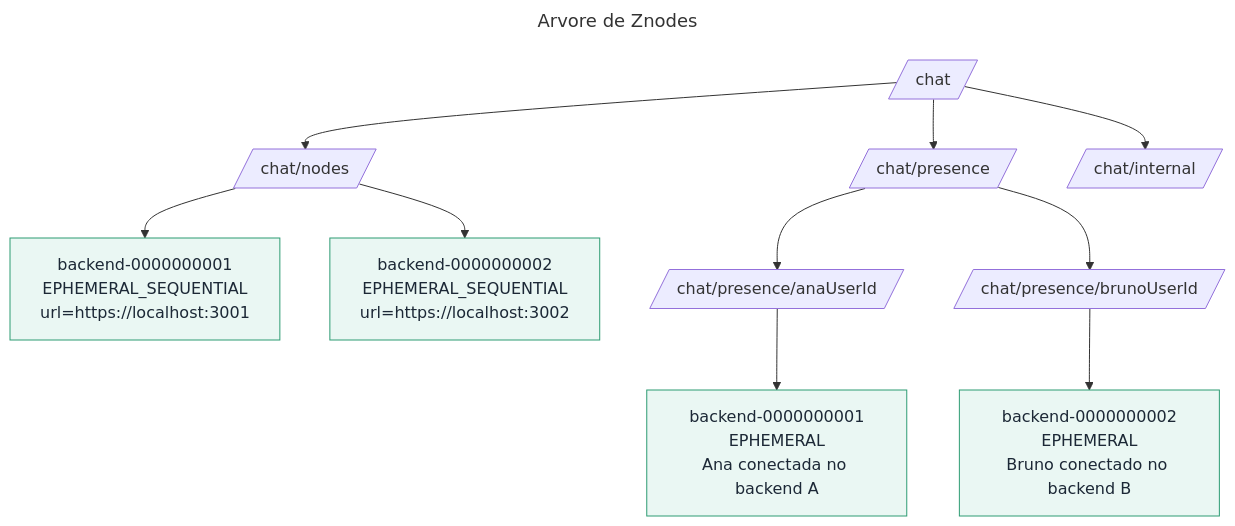
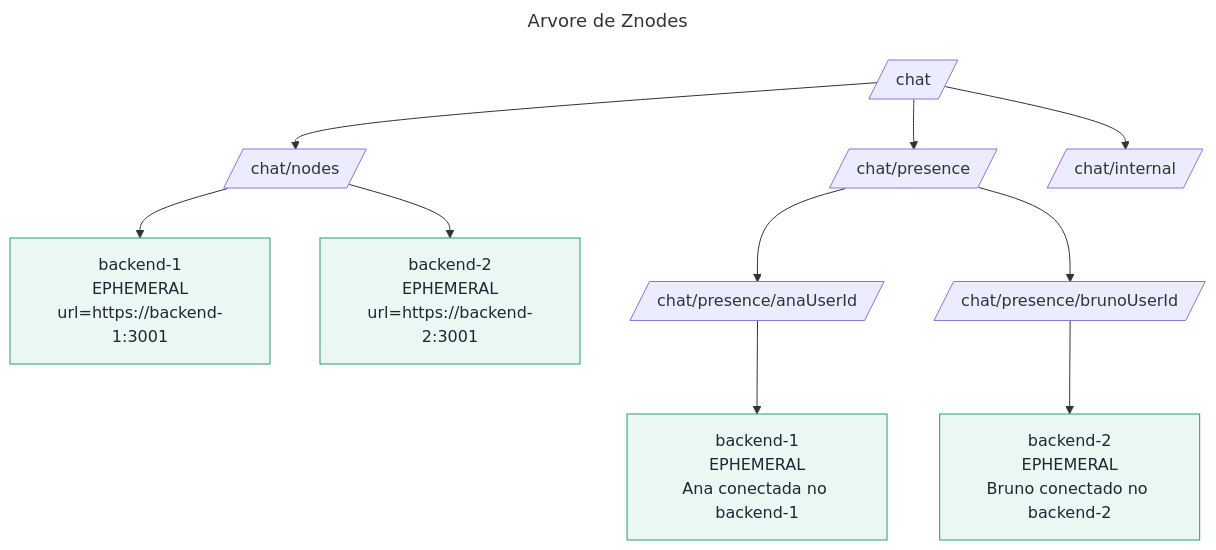
One commit to jvmr1/chat-distribuido changed the second of 10 diagrams in docs/diagrams.md. Above: the diagram before and after it, drawn with Mermaid. The commit also changed other lines of this file and 6 other files, not shown here.

````diff
--- a/docs/diagrams.md
+++ b/docs/diagrams.md
@@ -64,23 +61,23 @@
 ```mermaid
 ---
 title: Arvore de Znodes
 ---
 flowchart TD
   Root[/chat/]
 
   Root --> Nodes[/chat/nodes/]
-  Nodes --> N1[backend-0000000001\nEPHEMERAL_SEQUENTIAL\nurl=https://localhost:3001]
-  Nodes --> N2[backend-0000000002\nEPHEMERAL_SEQUENTIAL\nurl=https://localhost:3002]
+  Nodes --> N1[backend-1\nEPHEMERAL\nurl=https://backend-1:3001]
+  Nodes --> N2[backend-2\nEPHEMERAL\nurl=https://backend-2:3001]
 
   Root --> Presence[/chat/presence/]
   Presence --> AnaUser[/chat/presence/anaUserId/]
   Presence --> BrunoUser[/chat/presence/brunoUserId/]
 
-  AnaUser --> AnaOnB1[backend-0000000001\nEPHEMERAL\nAna conectada no backend A]
-  BrunoUser --> BrunoOnB2[backend-0000000002\nEPHEMERAL\nBruno conectado no backend B]
+  AnaUser --> AnaOnB1[backend-1\nEPHEMERAL\nAna conectada no backend-1]
+  BrunoUser --> BrunoOnB2[backend-2\nEPHEMERAL\nBruno conectado no backend-2]
 
   Root --> Internal[/chat/internal/]
 
   classDef ephemeral fill:#eaf7f3,stroke:#2d9b73,color:#1c2836;
   class N1,N2,AnaOnB1,BrunoOnB2 ephemeral;
 ```
````
